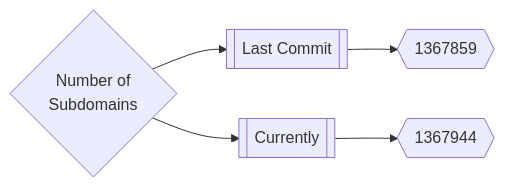
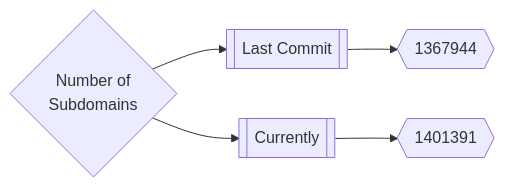
Before and after one commit to trickest/inventory: the first of 3 diagrams in README.md, drawn with Mermaid. The commit also changed other lines of this file, not shown here.

Commit message:
Update Thu Apr  7 14:03:15 UTC 2022

````diff
--- a/README.md
+++ b/README.md
@@ -165,5 +165,5 @@
 ```mermaid
 graph LR
-title{Number of<br>Subdomains} --> subdomainsDate1[[Last Commit]] --> subdomainsNum1{{1367859}}
-title --> subdomainsDate2[[Currently]] --> subdomainsNum2{{1367944}}
+title{Number of<br>Subdomains} --> subdomainsDate1[[Last Commit]] --> subdomainsNum1{{1367944}}
+title --> subdomainsDate2[[Currently]] --> subdomainsNum2{{1401391}}
 ```
````
